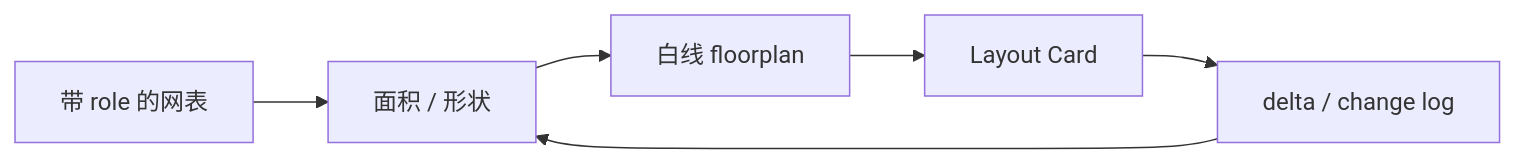
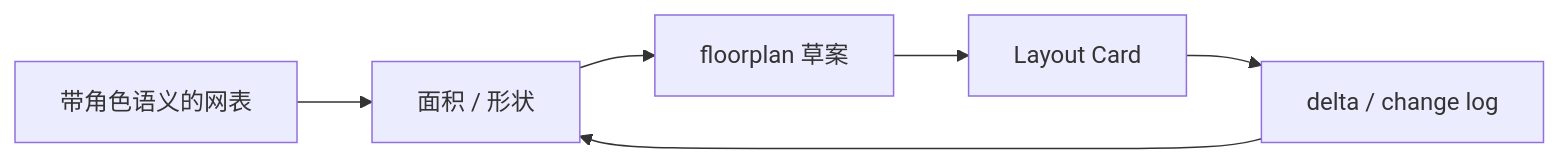
The diagram in README.md (XIAHONGYUU/Analog2Layout), drawn with Mermaid before and after one commit. The commit also changed other lines of this file and 51 other files, not shown here.

````diff
--- a/README.md
+++ b/README.md
@@ -32,8 +33,8 @@
 ```mermaid
 flowchart LR
-  A[带 role 的网表] --> B[面积 / 形状]
-  B --> C[白线 floorplan]
+  A[带角色语义的网表] --> B[面积 / 形状]
+  B --> C[floorplan 草案]
   C --> D[Layout Card]
   D --> E[delta / change log]
   E --> B
 ```
````
